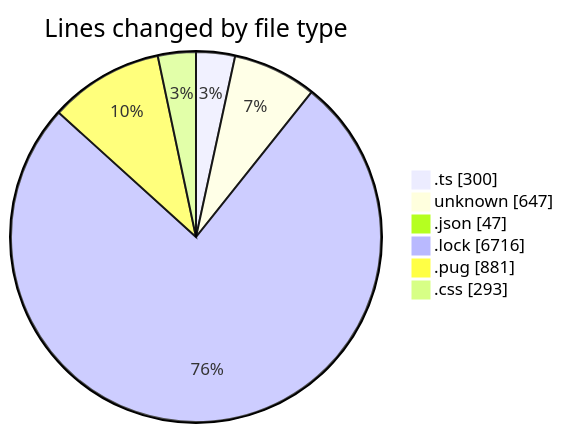
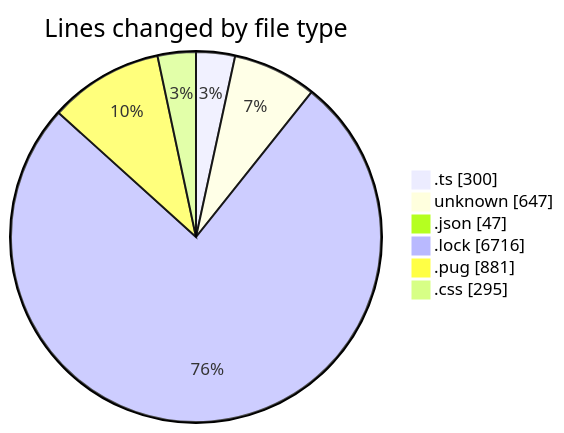
One commit to momahboobian/code-tracking changed the first of 2 diagrams in 2026-05-22/cda/README.md. Above: the diagram before and after it, drawn with Mermaid. The commit also changed other lines of this file and 1 other file, not shown here.

````diff
--- a/2026-05-22/cda/README.md
+++ b/2026-05-22/cda/README.md
@@ -30,10 +30,10 @@
 ```mermaid
 pie showData
 title Lines changed by file type
 ".ts" : 300
 "unknown" : 647
 ".json" : 47
 ".lock" : 6716
 ".pug" : 881
-".css" : 293
+".css" : 295
 ```
````
